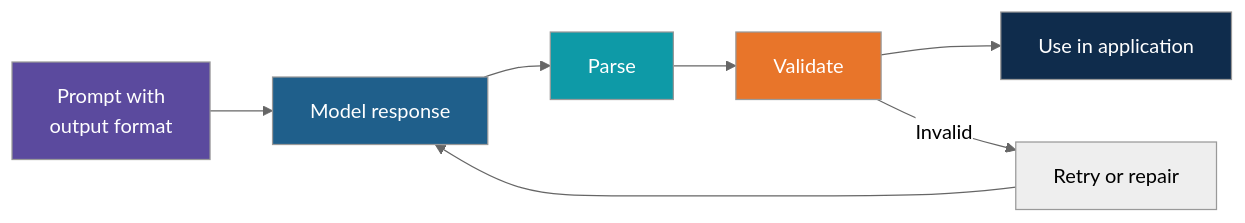
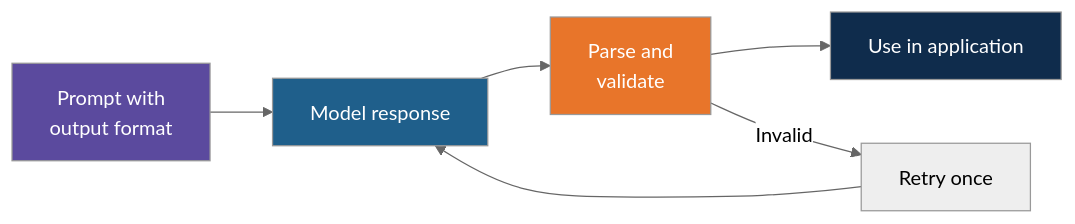
Before and after one commit to ramanujds/kpil-ai-fde: the third of 5 diagrams in session-03/Day3_Python_LLM_APIs_Schedule.md, drawn with Mermaid (neutral theme). The commit also changed other lines of this file and 70 other files, not shown here.

````diff
--- a/session-03/Day3_Python_LLM_APIs_Schedule.md
+++ b/session-03/Day3_Python_LLM_APIs_Schedule.md
@@ -108,12 +107,11 @@
 ```mermaid
 flowchart LR
-    A["Prompt with<br/>output format"] --> B["Model response"] --> C["Parse"] --> D["Validate"] --> E["Use in application"]
-    D -->|"Invalid"| F["Retry or repair"]
-    F --> B
+    A["Prompt with<br/>output format"] --> B["Model response"] --> C["Parse and<br/>validate"] --> D["Use in application"]
+    C -->|"Invalid"| E["Retry once"]
+    E --> B
 
     style A fill:#5B4A9E,color:#ffffff
     style B fill:#1F5F8B,color:#ffffff
-    style C fill:#0E9AA7,color:#ffffff
-    style D fill:#E8752A,color:#ffffff
-    style E fill:#0F2C4C,color:#ffffff
+    style C fill:#E8752A,color:#ffffff
+    style D fill:#0F2C4C,color:#ffffff
 ```
````
